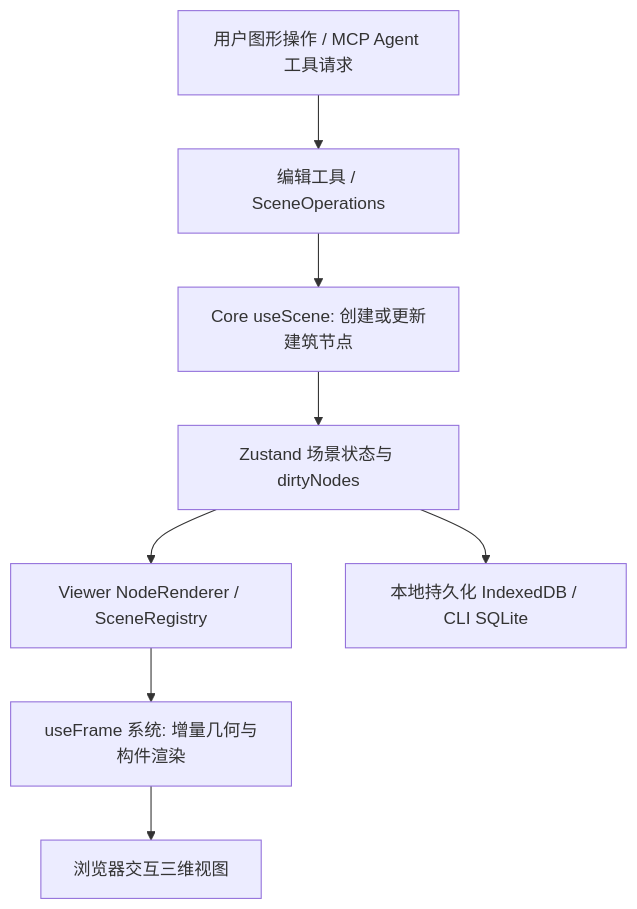
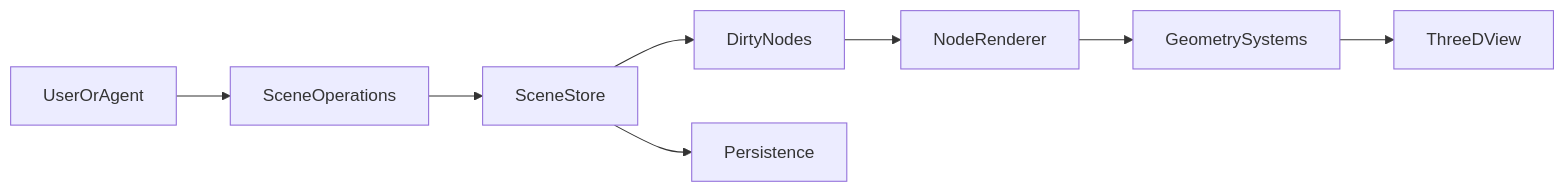
Before and after one commit to ImChong/Robotics_Notebooks: the first of 2 diagrams in wiki/entities/pascal-editor.md, drawn with Mermaid. The commit also changed other lines of this file and 2 other files, not shown here.

Commit message:
fix(wiki): 收敛三项 ingest 的 Mermaid 图为兼容解析器的基础语法

````diff
--- a/wiki/entities/pascal-editor.md
+++ b/wiki/entities/pascal-editor.md
@@ -53,10 +53,10 @@
 ```mermaid
-flowchart TD
-  A["用户图形操作 / MCP Agent 工具请求"] --> B["编辑工具 / SceneOperations"]
-  B --> C["Core useScene: 创建或更新建筑节点"]
-  C --> D["Zustand 场景状态与 dirtyNodes"]
-  D --> E["Viewer NodeRenderer / SceneRegistry"]
-  E --> F["useFrame 系统: 增量几何与构件渲染"]
-  D --> G["本地持久化 IndexedDB / CLI SQLite"]
-  F --> H["浏览器交互三维视图"]
+flowchart LR
+  A[UserOrAgent] --> B[SceneOperations]
+  B --> C[SceneStore]
+  C --> D[DirtyNodes]
+  D --> E[NodeRenderer]
+  E --> F[GeometrySystems]
+  F --> G[ThreeDView]
+  C --> H[Persistence]
 ```
````
